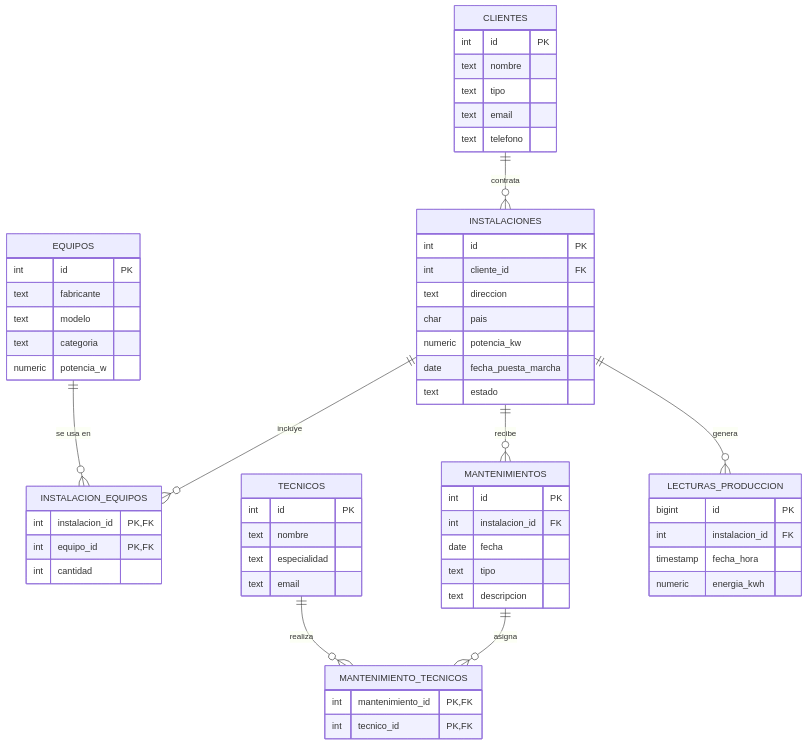
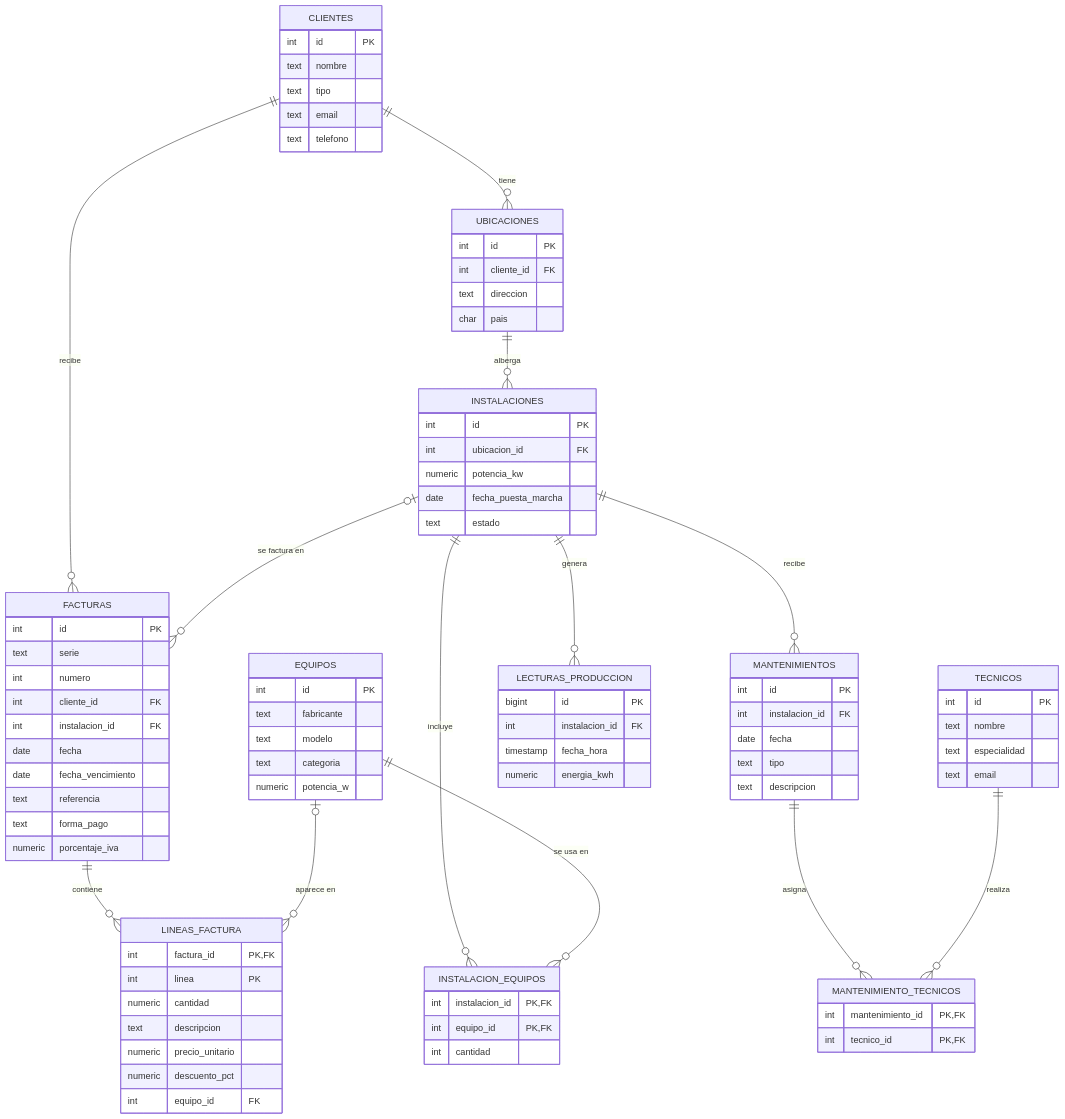
The diagram in README.md (carolaggu97-stack/abk-solar-db), drawn with Mermaid before and after one commit. The commit also changed other lines of this file, not shown here.

````diff
--- a/README.md
+++ b/README.md
@@ -7,12 +21,17 @@
 ```mermaid
 erDiagram
-    CLIENTES ||--o{ INSTALACIONES : contrata
+    CLIENTES ||--o{ UBICACIONES : tiene
+    UBICACIONES ||--o{ INSTALACIONES : alberga
     INSTALACIONES ||--o{ INSTALACION_EQUIPOS : incluye
     EQUIPOS ||--o{ INSTALACION_EQUIPOS : "se usa en"
     INSTALACIONES ||--o{ MANTENIMIENTOS : recibe
     MANTENIMIENTOS ||--o{ MANTENIMIENTO_TECNICOS : asigna
     TECNICOS ||--o{ MANTENIMIENTO_TECNICOS : realiza
     INSTALACIONES ||--o{ LECTURAS_PRODUCCION : genera
+    CLIENTES ||--o{ FACTURAS : recibe
+    INSTALACIONES |o--o{ FACTURAS : "se factura en"
+    FACTURAS ||--o{ LINEAS_FACTURA : contiene
+    EQUIPOS |o--o{ LINEAS_FACTURA : "aparece en"
 
     CLIENTES {
         int id PK
@@ -21,11 +40,15 @@
         text email
         text telefono
     }
-    INSTALACIONES {
+    UBICACIONES {
         int id PK
         int cliente_id FK
         text direccion
         char pais
+    }
+    INSTALACIONES {
+        int id PK
+        int ubicacion_id FK
         numeric potencia_kw
         date fecha_puesta_marcha
         text estado
@@ -65,4 +88,25 @@
         timestamp fecha_hora
         numeric energia_kwh
     }
+    FACTURAS {
+        int id PK
+        text serie
+        int numero
+        int cliente_id FK
+        int instalacion_id FK
+        date fecha
+        date fecha_vencimiento
+        text referencia
+        text forma_pago
+        numeric porcentaje_iva
+    }
+    LINEAS_FACTURA {
+        int factura_id PK, FK
+        int linea PK
+        numeric cantidad
+        text descripcion
+        numeric precio_unitario
+        numeric descuento_pct
+        int equipo_id FK
+    }
 ```
````
